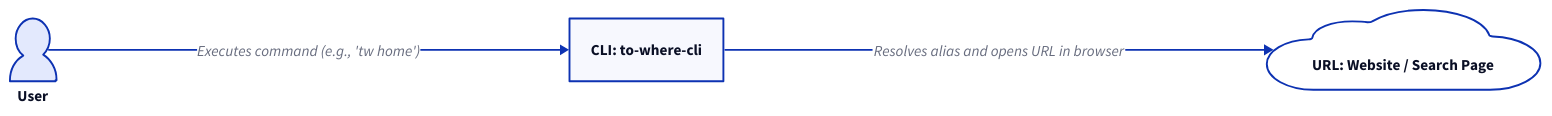
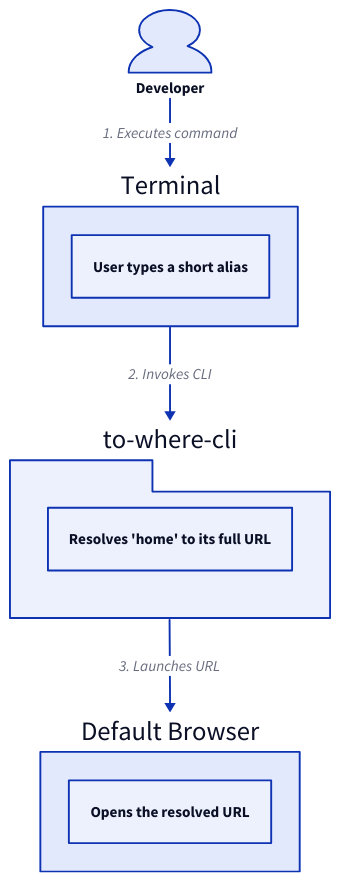
One commit to lban2049/to-where-cli changed the diagram in .aigne/doc-smith/docs/overview.md. Above: the diagram before and after it, drawn with D2. The commit also changed other lines of this file and 24 other files, not shown here.

````diff
--- a/.aigne/doc-smith/docs/overview.md
+++ b/.aigne/doc-smith/docs/overview.md
@@ -9,18 +7,26 @@
 ```d2
-direction: right
+direction: down
 
-User: {
+"Developer": {
   shape: person
 }
 
-"CLI: to-where-cli": {
+"Terminal": {
   shape: rectangle
+  "tw home": "User types a short alias"
 }
 
-"URL: Website / Search Page": {
-  shape: cloud
+"to-where-cli": {
+  shape: package
+  "Alias Lookup": "Resolves 'home' to its full URL"
 }
 
-User -> "CLI: to-where-cli": "Executes command (e.g., 'tw home')"
-"CLI: to-where-cli" -> "URL: Website / Search Page": "Resolves alias and opens URL in browser"
+"Default Browser": {
+  shape: rectangle
+  "Opens the resolved URL"
+}
+
+"Developer" -> "Terminal": "1. Executes command"
+"Terminal" -> "to-where-cli": "2. Invokes CLI"
+"to-where-cli" -> "Default Browser": "3. Launches URL"
 ```
````
